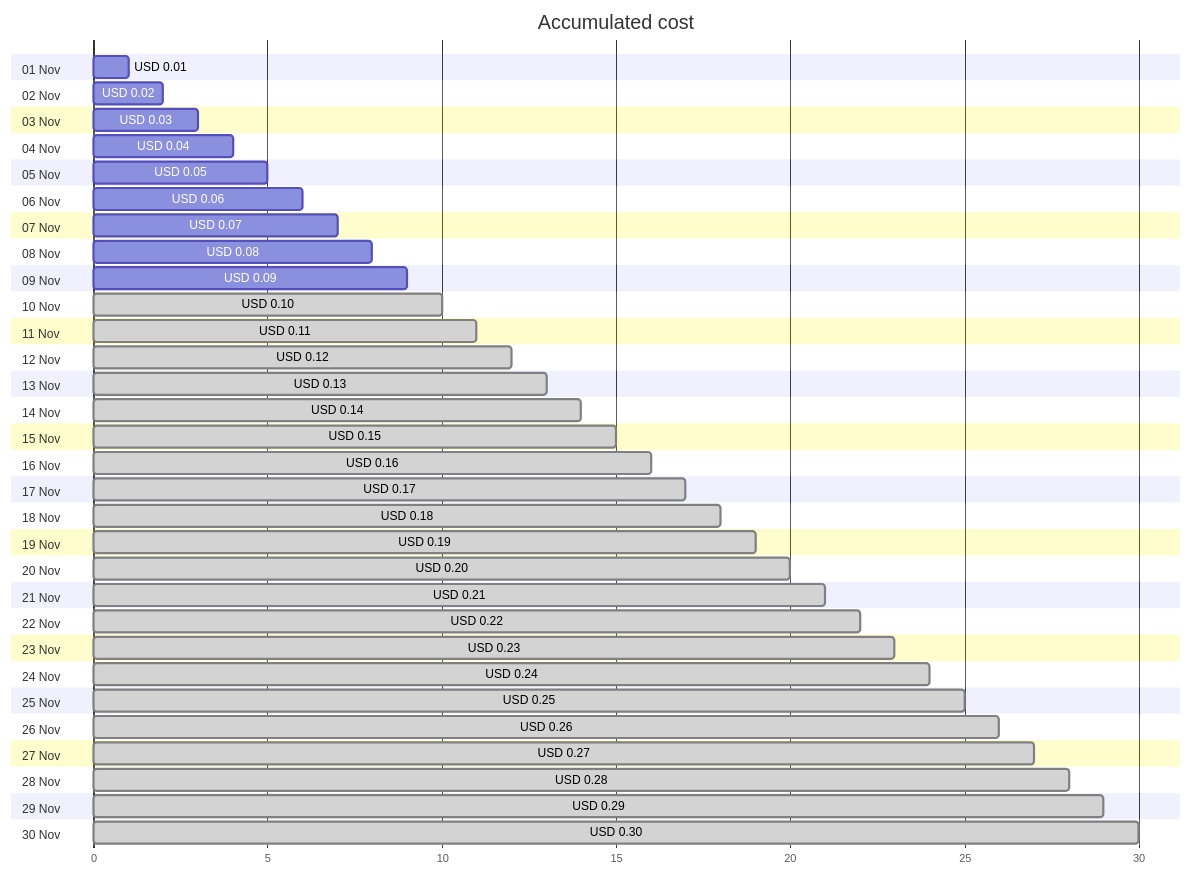
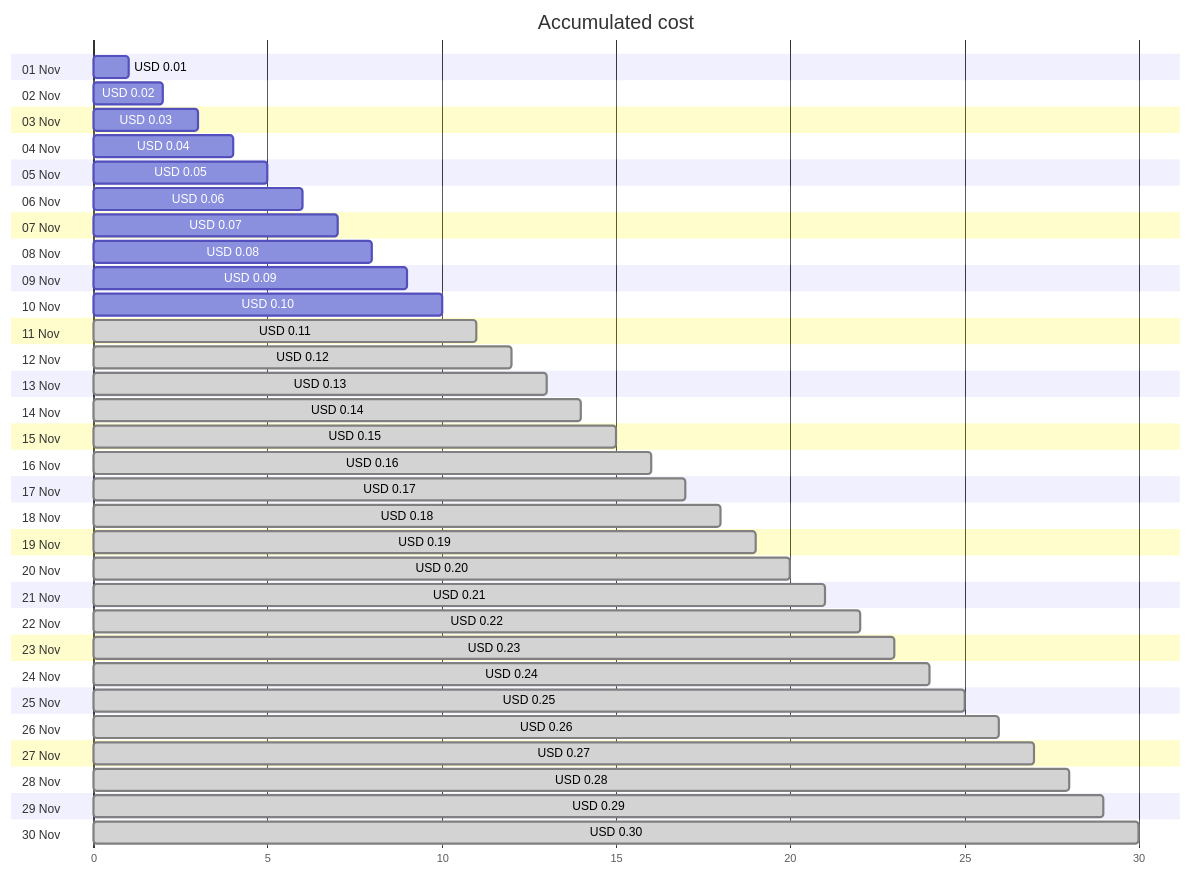
Before and after one commit to jpfulton/azure-personal-reports: the first of 4 diagrams in cost-reports/cloud-shell-storage-eastus/README.md, drawn with Mermaid. The commit also changed other lines of this file and 1 other file, not shown here.

````diff
--- a/cost-reports/cloud-shell-storage-eastus/README.md
+++ b/cost-reports/cloud-shell-storage-eastus/README.md
@@ -20,66 +20,66 @@
 ```mermaid
 gantt
    title Accumulated cost
    dateFormat  X
    axisFormat %s
    section 01 Nov
    USD 0.01 :0, 1
    section 02 Nov
    USD 0.02 :0, 2
    section 03 Nov
    USD 0.03 :0, 3
    section 04 Nov
    USD 0.04 :0, 4
    section 05 Nov
    USD 0.05 :0, 5
    section 06 Nov
    USD 0.06 :0, 6
    section 07 Nov
    USD 0.07 :0, 7
    section 08 Nov
    USD 0.08 :0, 8
    section 09 Nov
    USD 0.09 :0, 9
    section 10 Nov
-   USD 0.10 : done, 0, 10
+   USD 0.10 :0, 10
    section 11 Nov
    USD 0.11 : done, 0, 11
    section 12 Nov
    USD 0.12 : done, 0, 12
    section 13 Nov
    USD 0.13 : done, 0, 13
    section 14 Nov
    USD 0.14 : done, 0, 14
    section 15 Nov
    USD 0.15 : done, 0, 15
    section 16 Nov
    USD 0.16 : done, 0, 16
    section 17 Nov
    USD 0.17 : done, 0, 17
    section 18 Nov
    USD 0.18 : done, 0, 18
    section 19 Nov
    USD 0.19 : done, 0, 19
    section 20 Nov
    USD 0.20 : done, 0, 20
    section 21 Nov
    USD 0.21 : done, 0, 21
    section 22 Nov
    USD 0.22 : done, 0, 22
    section 23 Nov
    USD 0.23 : done, 0, 23
    section 24 Nov
    USD 0.24 : done, 0, 24
    section 25 Nov
    USD 0.25 : done, 0, 25
    section 26 Nov
    USD 0.26 : done, 0, 26
    section 27 Nov
    USD 0.27 : done, 0, 27
    section 28 Nov
    USD 0.28 : done, 0, 28
    section 29 Nov
    USD 0.29 : done, 0, 29
    section 30 Nov
    USD 0.30 : done, 0, 30
 ```
````
